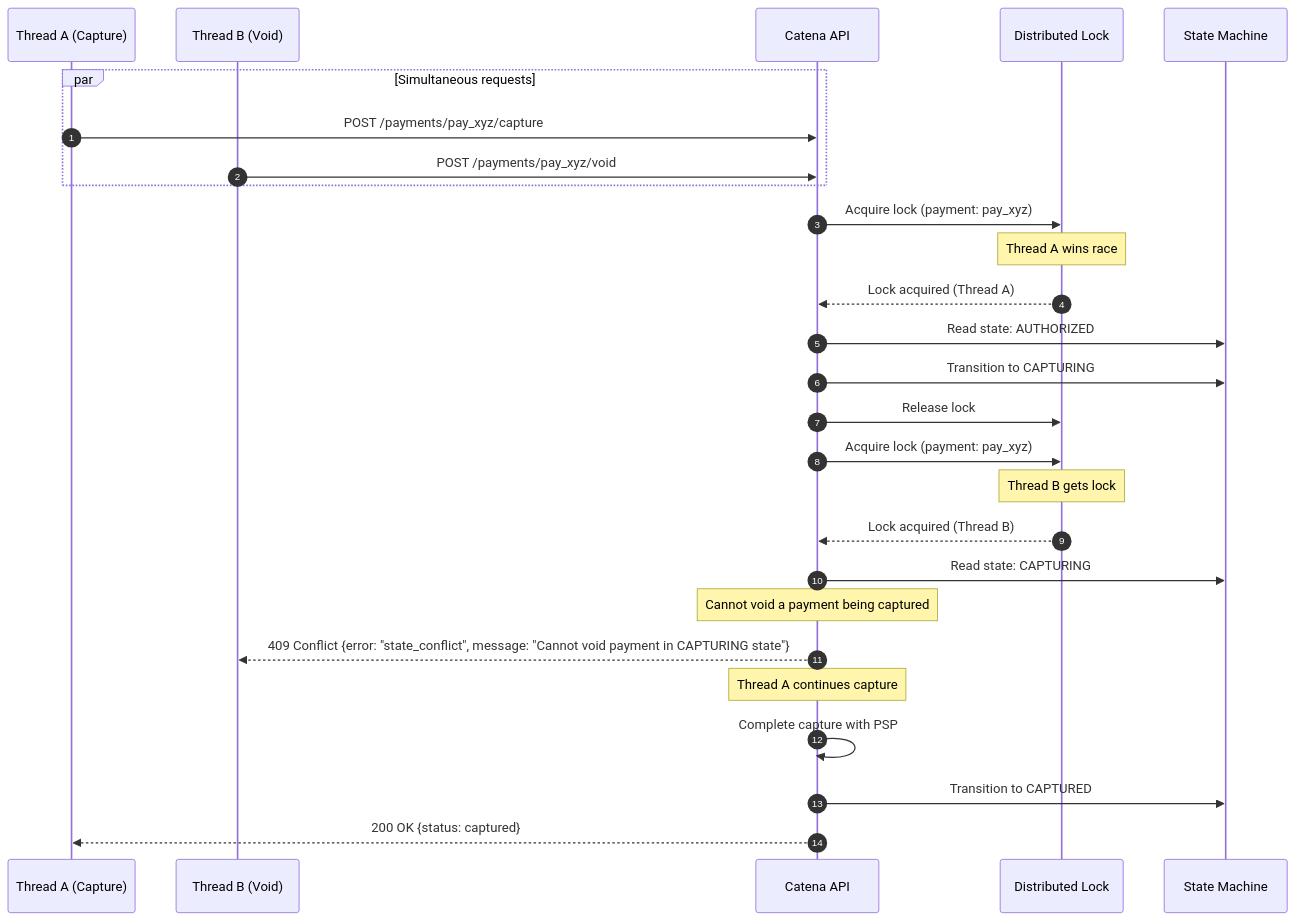
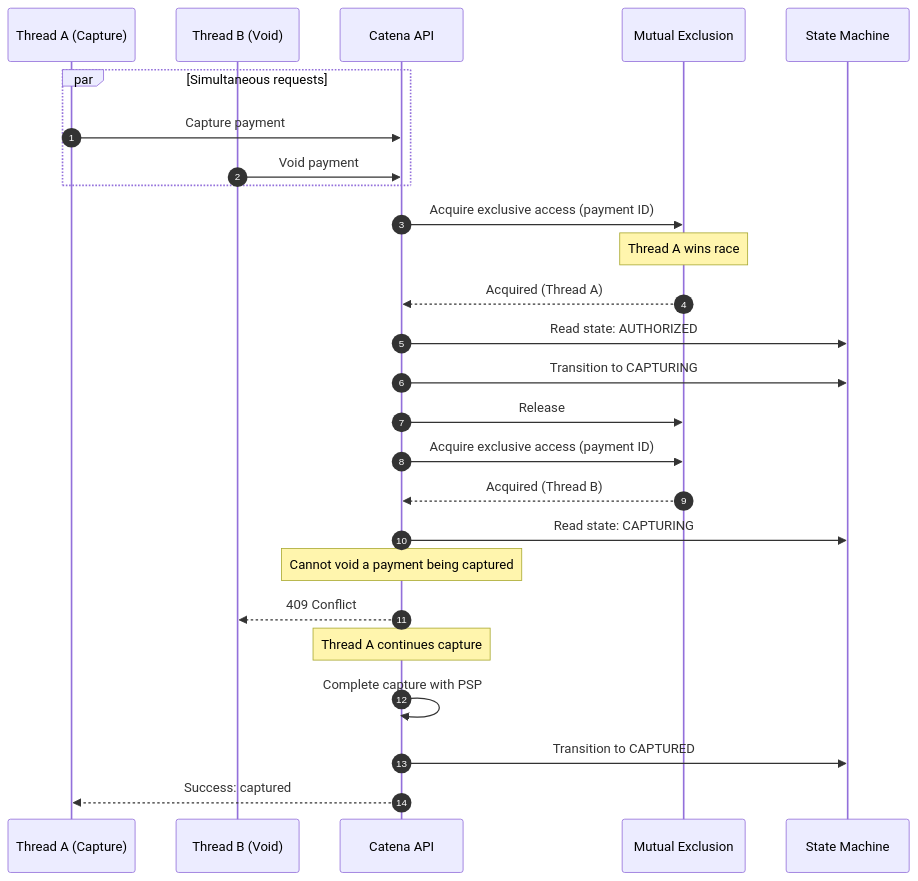
The eighth of 15 diagrams in PRD.md (ashishthakur913/catenadocs), drawn with Mermaid before and after one commit. The commit also changed other lines of this file and 1 other file, not shown here.

````diff
--- a/PRD.md
+++ b/PRD.md
@@ -984,33 +700,32 @@
 ```mermaid
 sequenceDiagram
     autonumber
     participant T1 as Thread A (Capture)
     participant T2 as Thread B (Void)
     participant C as Catena API
-    participant L as Distributed Lock
+    participant Lock as Mutual Exclusion
     participant S as State Machine
     
     par Simultaneous requests
-        T1->>C: POST /payments/pay_xyz/capture
-        T2->>C: POST /payments/pay_xyz/void
+        T1->>C: Capture payment
+        T2->>C: Void payment
     end
     
-    C->>L: Acquire lock (payment: pay_xyz)
-    Note over L: Thread A wins race
-    L-->>C: Lock acquired (Thread A)
+    C->>Lock: Acquire exclusive access (payment ID)
+    Note over Lock: Thread A wins race
+    Lock-->>C: Acquired (Thread A)
     C->>S: Read state: AUTHORIZED
     C->>S: Transition to CAPTURING
-    C->>L: Release lock
+    C->>Lock: Release
     
-    C->>L: Acquire lock (payment: pay_xyz)
-    Note over L: Thread B gets lock
-    L-->>C: Lock acquired (Thread B)
+    C->>Lock: Acquire exclusive access (payment ID)
+    Lock-->>C: Acquired (Thread B)
     C->>S: Read state: CAPTURING
     Note over C: Cannot void a payment being captured
-    C-->>T2: 409 Conflict {error: "state_conflict", message: "Cannot void payment in CAPTURING state"}
+    C-->>T2: 409 Conflict
     
     Note over C: Thread A continues capture
     C->>C: Complete capture with PSP
     C->>S: Transition to CAPTURED
-    C-->>T1: 200 OK {status: captured}
+    C-->>T1: Success: captured
 ```
````
